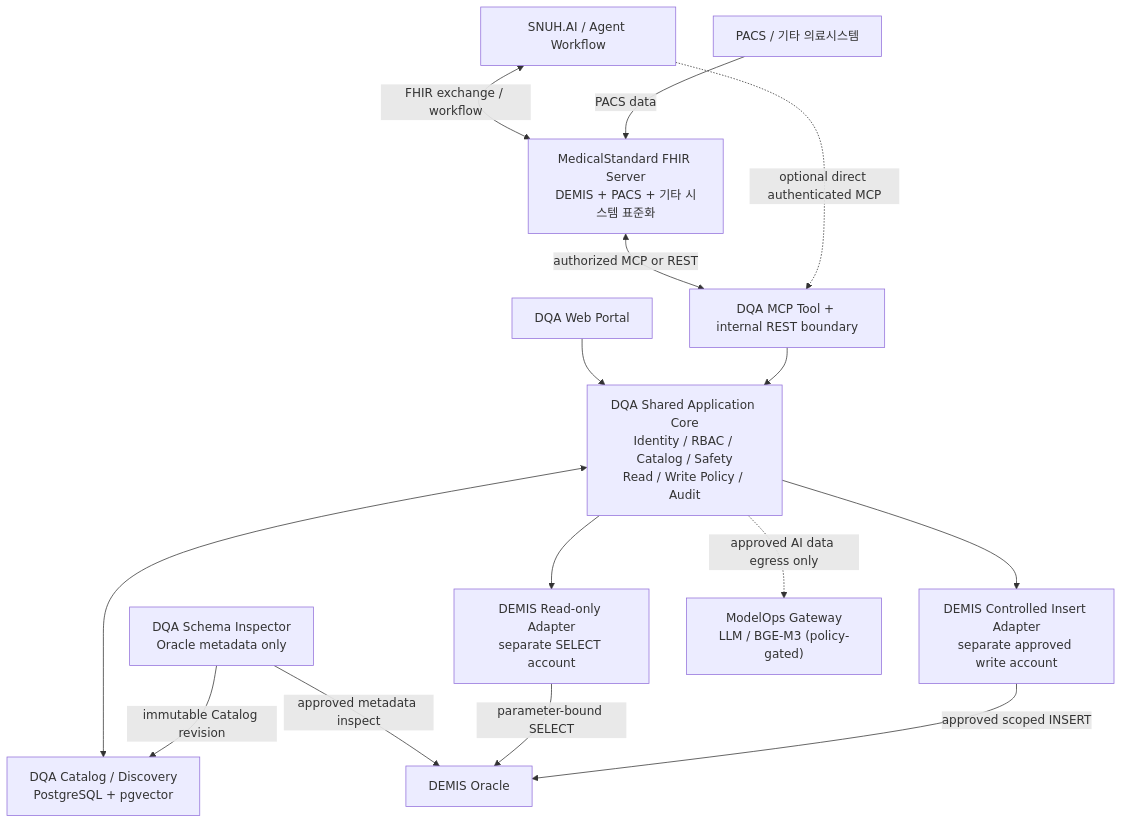
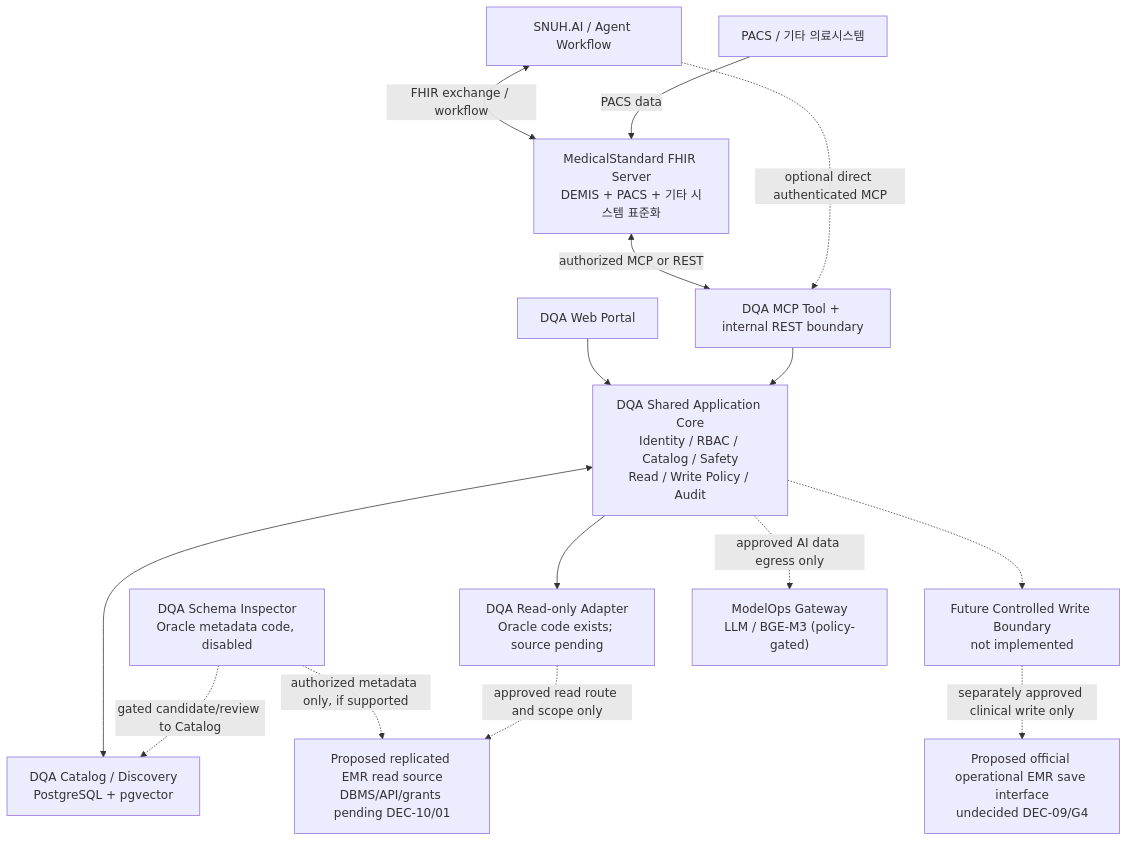
The first of 2 diagrams in docs/integrated-platform-architecture.md (ramza2/dqa), drawn with Mermaid before and after one commit. The commit also changed other lines of this file and 2 other files, not shown here.

First line of the commit message:
docs(u03): clarify replicated read-source boundary and safe backend test instructions (#132)

```diff
--- a/docs/integrated-platform-architecture.md
+++ b/docs/integrated-platform-architecture.md
@@ -47,30 +49,31 @@
 ~~~mermaid
 flowchart TB
   S["SNUH.AI / Agent Workflow"]
   F["MedicalStandard FHIR Server<br/>DEMIS + PACS + 기타 시스템 표준화"]
   P["PACS / 기타 의료시스템"]
   W["DQA Web Portal"]
   T["DQA MCP Tool + internal REST boundary"]
   CORE["DQA Shared Application Core<br/>Identity / RBAC / Catalog / Safety<br/>Read / Write Policy / Audit"]
-  INS["DQA Schema Inspector<br/>Oracle metadata only"]
+  INS["DQA Schema Inspector<br/>Oracle metadata code, disabled"]
   C["DQA Catalog / Discovery<br/>PostgreSQL + pgvector"]
-  R["DEMIS Read-only Adapter<br/>separate SELECT account"]
-  I["DEMIS Controlled Insert Adapter<br/>separate approved write account"]
-  D["DEMIS Oracle"]
+  R["DQA Read-only Adapter<br/>Oracle code exists; source pending"]
+  I["Future Controlled Write Boundary<br/>not implemented"]
+  D["Proposed replicated EMR read source<br/>DBMS/API/grants pending DEC-10/01"]
+  SAVE["Proposed official operational EMR save interface<br/>undecided DEC-09/G4"]
   M["ModelOps Gateway<br/>LLM / BGE-M3 (policy-gated)"]
 
   S <-->|"FHIR exchange / workflow"| F
   P -->|"PACS data"| F
   F <-->|"authorized MCP or REST"| T
   S -.->|"optional direct authenticated MCP"| T
   W --> CORE
   T --> CORE
   CORE <--> C
   CORE --> R
-  CORE --> I
-  INS -->|"approved metadata inspect"| D
-  INS -->|"immutable Catalog revision"| C
-  R -->|"parameter-bound SELECT"| D
-  I -->|"approved scoped INSERT"| D
+  CORE -.-> I
+  INS -.->|"authorized metadata only, if supported"| D
+  INS -.->|"gated candidate/review to Catalog"| C
+  R -.->|"approved read route and scope only"| D
+  I -.->|"separately approved clinical write only"| SAVE
   CORE -.->|"approved AI data egress only"| M
 ~~~
```
